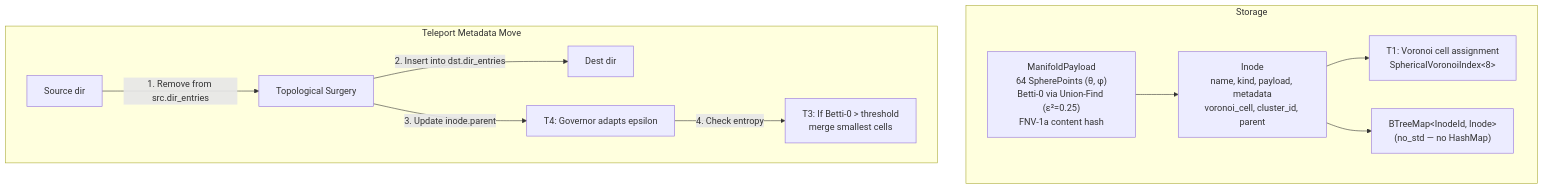
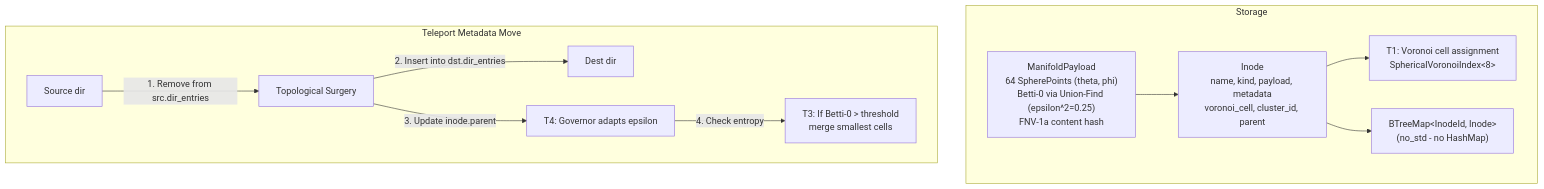
One commit to teerthsharma/Epsilon-Hollow changed the fifth of 12 diagrams in README.md. Above: the diagram before and after it, drawn with Mermaid. The commit also changed other lines of this file and 55 other files, not shown here.

````diff
--- a/README.md
+++ b/README.md
@@ -1025,20 +1033,20 @@
 ```mermaid
 graph TD
     subgraph SG26["Storage"]
-        PAYLOAD["ManifoldPayload<br/>64 SpherePoints (θ, φ)<br/>Betti-0 via Union-Find (ε²=0.25)<br/>FNV-1a content hash"]
+        PAYLOAD["ManifoldPayload<br/>64 SpherePoints (theta, phi)<br/>Betti-0 via Union-Find (epsilon^2=0.25)<br/>FNV-1a content hash"]
         INODE["Inode<br/>name, kind, payload, metadata<br/>voronoi_cell, cluster_id, parent"]
         VORONOI["T1: Voronoi cell assignment<br/>SphericalVoronoiIndex&lt;8&gt;"]
-        BTREE["BTreeMap&lt;InodeId, Inode&gt;<br/>(no_std — no HashMap)"]
+        BTREE["BTreeMap&lt;InodeId, Inode&gt;<br/>(no_std - no HashMap)"]
     end
 
     subgraph SG27["Teleport Metadata Move"]
-        SRC["Source dir"] -->|"1. Remove from src.dir_entries"| SURGERY["Topological Surgery"]
-        SURGERY -->|"2. Insert into dst.dir_entries"| DST["Dest dir"]
-        SURGERY -->|"3. Update inode.parent"| GOV["T4: Governor adapts epsilon"]
-        GOV -->|"4. Check entropy"| MERGE["T3: If Betti-0 > threshold<br/>merge smallest cells"]
+        SRC["Source dir"] -->|1. Remove from src.dir_entries| SURGERY["Topological Surgery"]
+        SURGERY -->|2. Insert into dst.dir_entries| DST["Dest dir"]
+        SURGERY -->|3. Update inode.parent| GOV["T4: Governor adapts epsilon"]
+        GOV -->|4. Check entropy| MERGE["T3: If Betti-0 > threshold<br/>merge smallest cells"]
     end
 
     PAYLOAD --> INODE
     INODE --> VORONOI
     INODE --> BTREE
 ```
````
